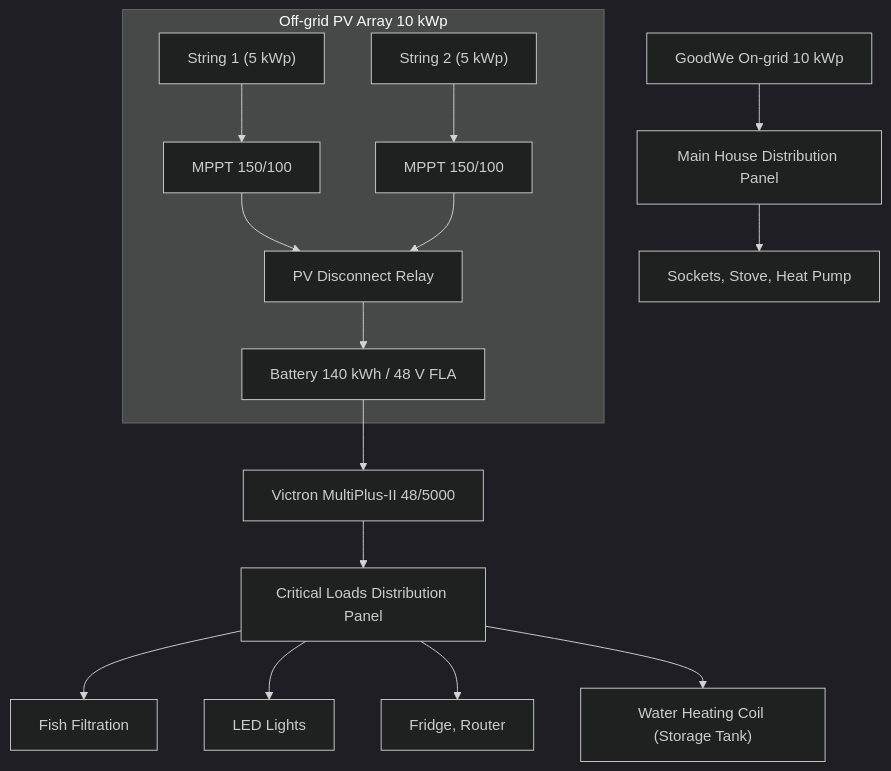
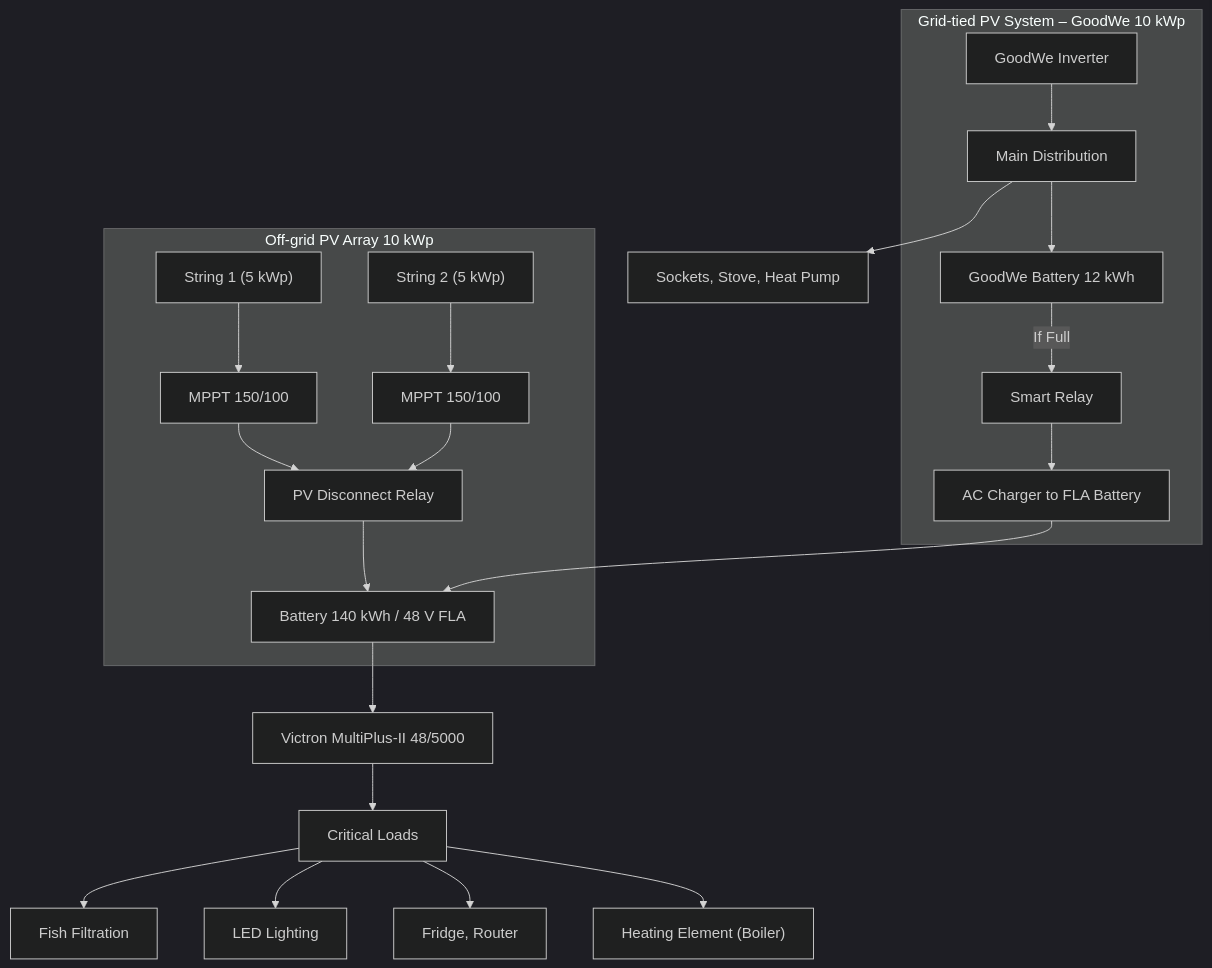
The first of 2 diagrams in DesignEnglish.md (lballaty/SolarDesingControl), drawn with Mermaid (dark theme) before and after one commit. The commit also changed other lines of this file, not shown here.

````diff
--- a/DesignEnglish.md
+++ b/DesignEnglish.md
@@ -60,18 +61,24 @@
 ```mermaid
 flowchart TD
     subgraph Panels_A [Off-grid PV Array 10 kWp]
         PA1["String 1 (5 kWp)"] --> MPPT_A1["MPPT 150/100"]
         PA2["String 2 (5 kWp)"] --> MPPT_A2["MPPT 150/100"]
         DIS_A["PV Disconnect Relay"]
         MPPT_A1 --> DIS_A --> BATA["Battery 140 kWh / 48 V FLA"]
         MPPT_A2 --> DIS_A
     end
+
+    subgraph Grid_A [Grid-tied PV System – GoodWe 10 kWp]
+        GW_INV_A["GoodWe Inverter"] --> AC_MAINA["Main Distribution"]
+        AC_MAINA --> GW_BATT_A["GoodWe Battery 12 kWh"]
+        GW_BATT_A -->|If Full| RELAYA["Smart Relay"] --> AC_CHG_A["AC Charger to FLA Battery"] --> BATA
+    end
+
     BATA --> MPA["Victron MultiPlus-II 48/5000"]
-    MPA --> AC_A_OUT["Critical Loads Distribution Panel"]
-    AC_A_OUT --> L1A["Fish Filtration"]
-    AC_A_OUT --> L2A["LED Lights"]
-    AC_A_OUT --> L3A["Fridge, Router"]
-    AC_A_OUT --> HEATA["Water Heating Coil (Storage Tank)"]
-    GRID_A["GoodWe On-grid 10 kWp"] --> AC_MAINA["Main House Distribution Panel"]
+    MPA --> AC_OUT_A["Critical Loads"]
+    AC_OUT_A --> L1A["Fish Filtration"]
+    AC_OUT_A --> L2A["LED Lighting"]
+    AC_OUT_A --> L3A["Fridge, Router"]
+    AC_OUT_A --> HEATA["Heating Element (Boiler)"]
     AC_MAINA --> L4A["Sockets, Stove, Heat Pump"]
 ```
````
